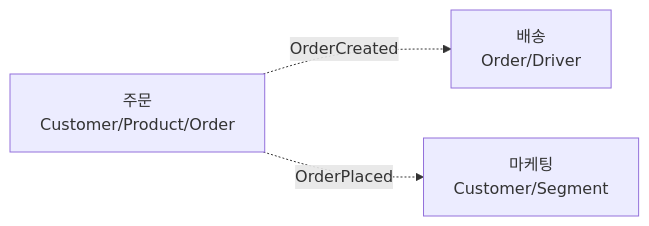
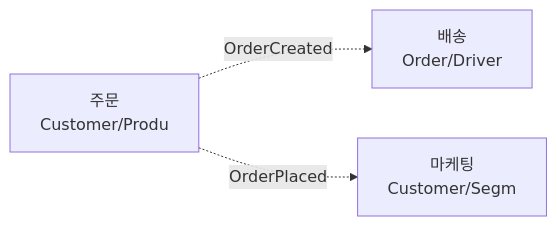
Before and after one commit to yjkim2015/yjkim2015.github.io: the second of 7 diagrams in _posts/architecture/2026-05-01-ddd.md, drawn with Mermaid. The commit also changed other lines of this file and 271 other files, not shown here.

First line of the commit message:
Mermaid 라벨 축소: 긴 노드 텍스트 18자 이하로 트림 + \n 제거

````diff
--- a/_posts/architecture/2026-05-01-ddd.md
+++ b/_posts/architecture/2026-05-01-ddd.md
@@ -88,5 +88,5 @@
 ```mermaid
 graph LR
-    ORDER["주문\nCustomer/Product/Order"] -.->|OrderCreated| SHIPPING["배송\nOrder/Driver"]
-    ORDER -.->|OrderPlaced| MARKETING["마케팅\nCustomer/Segment"]
+    ORDER["주문\nCustomer/Produ"] -.->|OrderCreated| SHIPPING["배송\nOrder/Driver"]
+    ORDER -.->|OrderPlaced| MARKETING["마케팅\nCustomer/Segm"]
 ```
````
